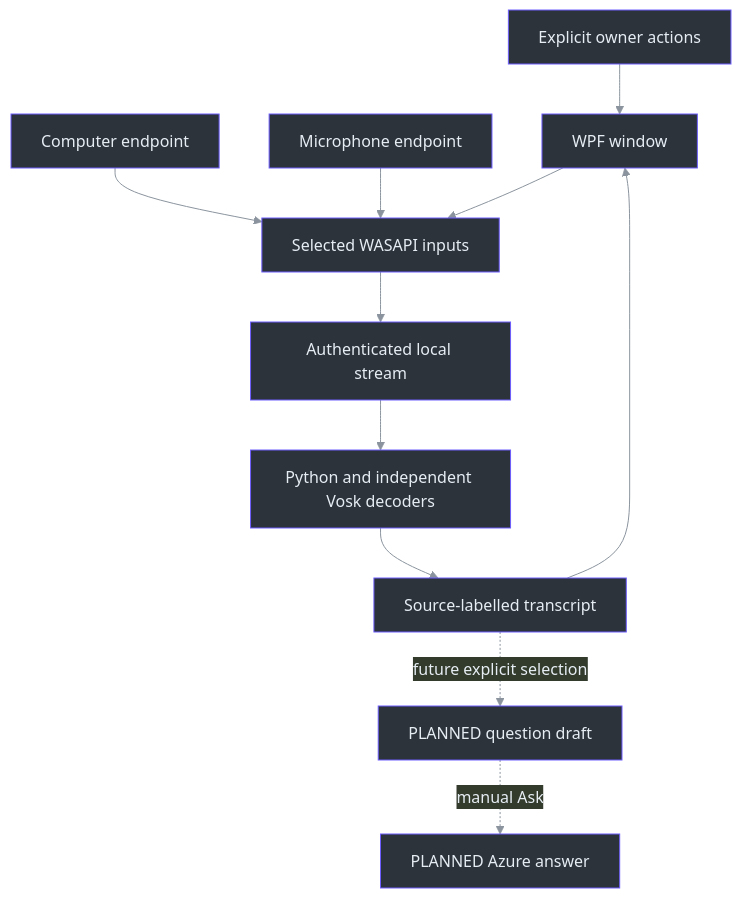
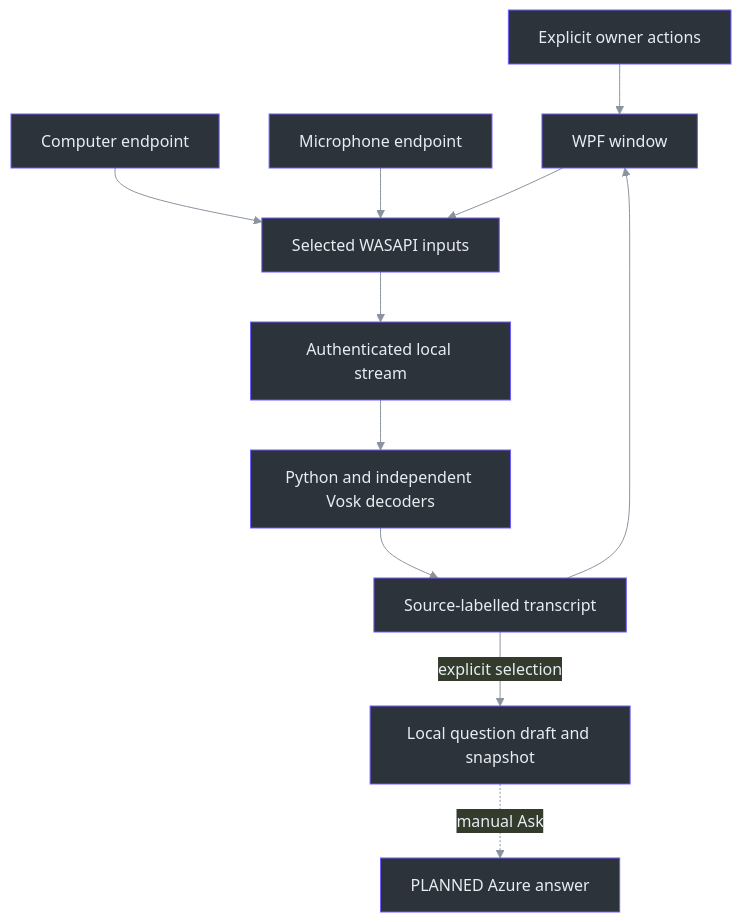
The diagram in docs/handbook/assets/diagrams/00-reading-map-02.mmd (Zanark/phantom-fudge), drawn with Mermaid before and after one commit. The commit also changed 107 other files, not shown here.

```diff
--- a/docs/handbook/assets/diagrams/00-reading-map-02.mmd
+++ b/docs/handbook/assets/diagrams/00-reading-map-02.mmd
@@ -1,16 +1,16 @@
 ---
 config: {"theme":"base","themeVariables":{"primaryColor":"#2d333b","primaryBorderColor":"#6d5dfc","primaryTextColor":"#e6edf3","lineColor":"#8b949e","clusterBkg":"#161b22","clusterBorder":"#30363d"}}
 ---
 flowchart TB
     accTitle: Implemented local pipeline and planned Azure boundary
     accDescr: Explicit selected audio goes through native capture and local recognition; future selected questions may be sent on manual Ask.
     Owner["Explicit owner actions"] --> UI["WPF window"]
     Computer["Computer endpoint"] --> Capture["Selected WASAPI inputs"]
     Mic["Microphone endpoint"] --> Capture
     UI --> Capture
     Capture --> Socket["Authenticated local stream"]
     Socket --> ASR["Python and independent Vosk decoders"]
     ASR --> Text["Source-labelled transcript"]
     Text --> UI
-    Text -. "future explicit selection" .-> Draft["PLANNED question draft"]
+    Text -->|"explicit selection"| Draft["Local question draft and snapshot"]
     Draft -. "manual Ask" .-> Azure["PLANNED Azure answer"]
```
